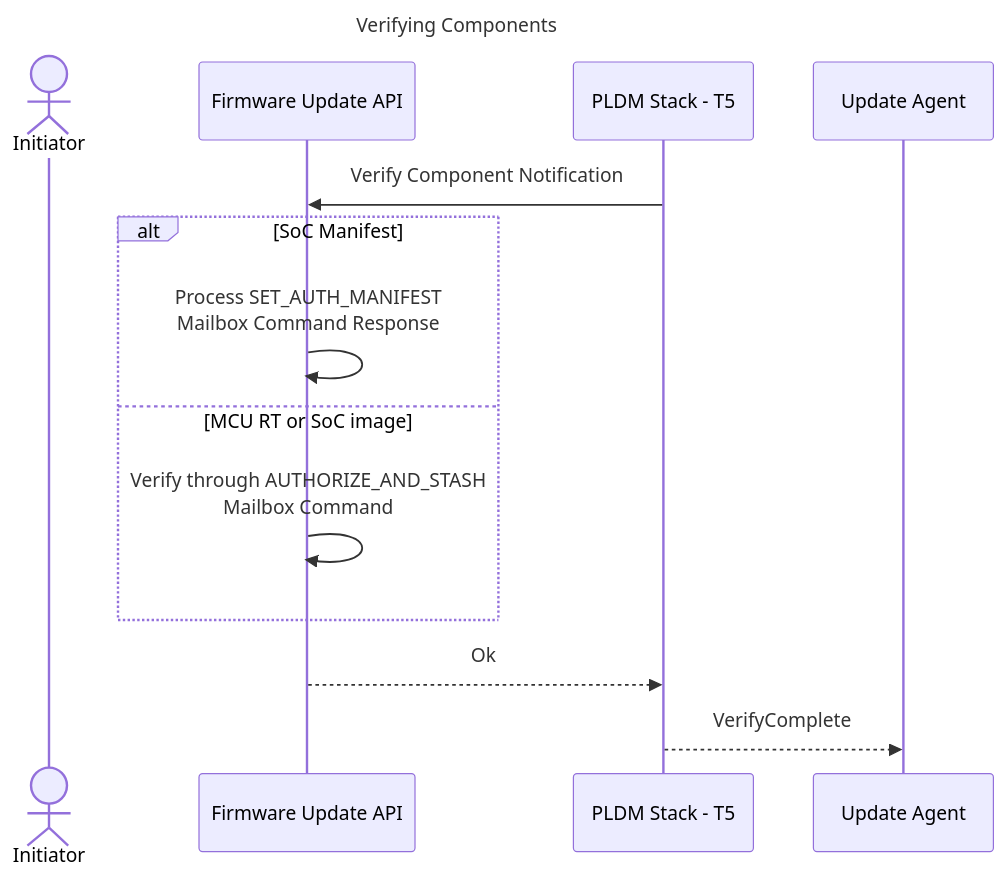
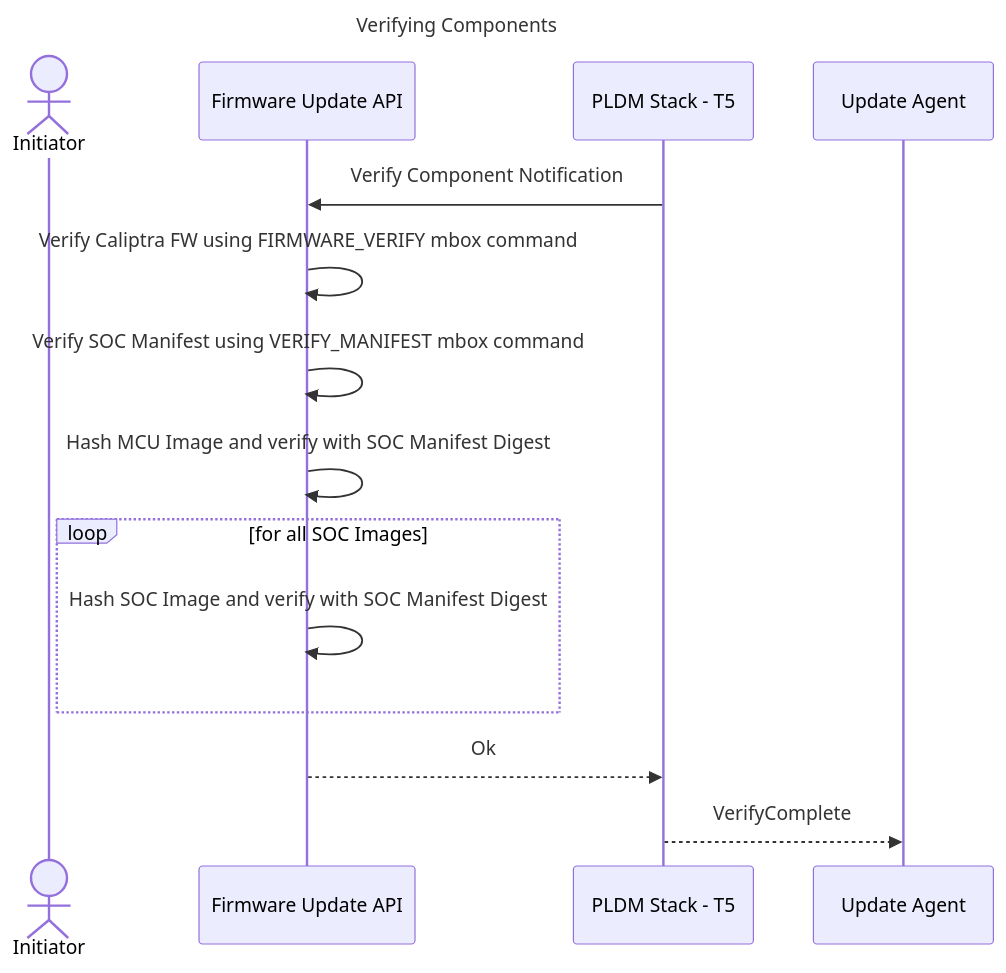
Before and after one commit to chipsalliance/caliptra-mcu-sw: the seventh of 10 diagrams in docs/src/firmware_update.md, drawn with Mermaid. The commit also changed other lines of this file, not shown here.

First line of the commit message:
Firmware Update Spec Update (#330)

````diff
--- a/docs/src/firmware_update.md
+++ b/docs/src/firmware_update.md
@@ -148,20 +131,21 @@
 ```mermaid
 sequenceDiagram
     title Verifying Components
 
     actor App as Initiator
     participant API as Firmware Update API
     participant Firmware as PLDM Stack - T5
     participant PLDM as Update Agent
 
     Firmware->>API: Verify Component Notification
 
-    alt SoC Manifest
-        API->>API: Process SET_AUTH_MANIFEST<br/> Mailbox Command Response
-    else MCU RT or SoC image
-        API->>API: Verify through AUTHORIZE_AND_STASH<br/>Mailbox Command
+    API->>API: Verify Caliptra FW using FIRMWARE_VERIFY mbox command
+    API->>API: Verify SOC Manifest using VERIFY_MANIFEST mbox command
+    API->>API: Hash MCU Image and verify with SOC Manifest Digest
+    loop for all SOC Images
+        API->>API: Hash SOC Image and verify with SOC Manifest Digest
     end
 
     API-->>Firmware: Ok
     Firmware-->>PLDM: VerifyComplete
 ```
````
